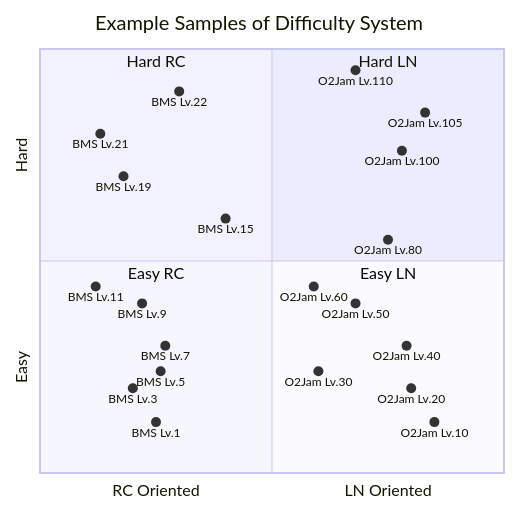
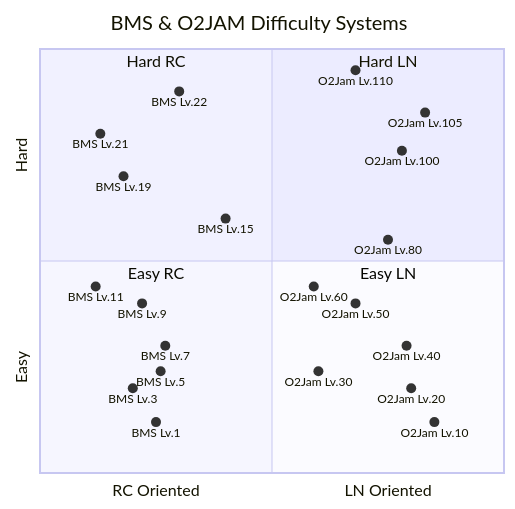
One commit to Eve-ning/Eve-ning.github.io changed the third of 4 diagrams in _posts/2024-06-17-thoughts-on-statistically-understanding-tournament-difficulty.md. Above: the diagram before and after it, drawn with Mermaid. The commit also changed other lines of this file and 10 other files, not shown here.

````diff
--- a/_posts/2024-06-17-thoughts-on-statistically-understanding-tournament-difficulty.md
+++ b/_posts/2024-06-17-thoughts-on-statistically-understanding-tournament-difficulty.md
@@ -113,30 +124,30 @@
 ```mermaid
 quadrantChart
-  title Example Samples of Difficulty System
+  title BMS & O2JAM Difficulty Systems
   x-axis RC Oriented --> LN Oriented
   y-axis Easy --> Hard
   quadrant-1 Hard LN
   quadrant-2 Hard RC
   quadrant-3 Easy RC
   quadrant-4 Easy LN
   BMS Lv.1: [0.25, 0.12]
   BMS Lv.3: [0.2, 0.2]
   BMS Lv.5: [0.26, 0.24]
   BMS Lv.7: [0.27, 0.3]
   BMS Lv.9: [0.22, 0.4]
   BMS Lv.11: [0.12, 0.44]
   BMS Lv.15: [0.4, 0.6]
   BMS Lv.19: [0.18, 0.7]
   BMS Lv.21: [0.13, 0.8]
   BMS Lv.22: [0.3, 0.9]
   O2Jam Lv.10: [0.85, 0.12]
   O2Jam Lv.20: [0.8, 0.2]
   O2Jam Lv.30: [0.6, 0.24]
   O2Jam Lv.40: [0.79, 0.3]
   O2Jam Lv.50: [0.68, 0.4]
   O2Jam Lv.60: [0.59, 0.44]
   O2Jam Lv.80: [0.75, 0.55]
   O2Jam Lv.100: [0.78, 0.76]
   O2Jam Lv.105: [0.83, 0.85]
   O2Jam Lv.110: [0.68, 0.95]
 ```
````
